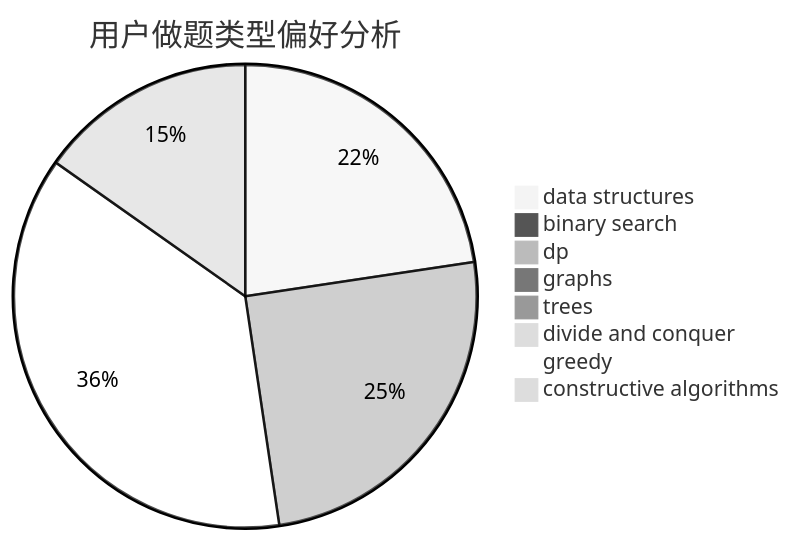
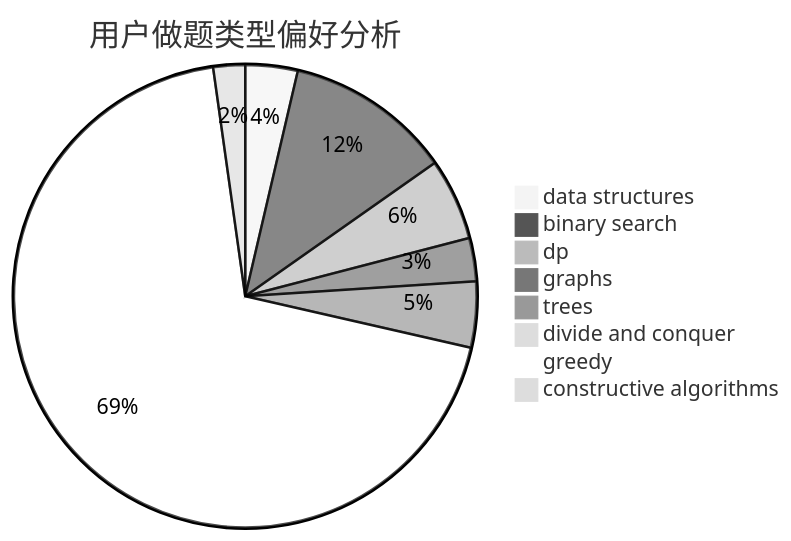
Before and after one commit to sherpahu/cfrs.github.io: the second of 3 diagrams in docs/user/u2434.md, drawn with Mermaid (neutral theme). The commit also changed other lines of this file and 2770 other files, not shown here.

````diff
--- a/docs/user/u2434.md
+++ b/docs/user/u2434.md
@@ -23,11 +23,11 @@
 ```mermaid
 pie title 用户做题类型偏好分析
-    "data structures" :  351
-    "binary search" :  8
-    "dp" :  388
-    "graphs" :  7
-    "trees" :  10
-    "divide and conquer" :  3
-    "greedy" :  576
-    "constructive algorithms" :  236
+    "data structures" :  23
+    "binary search" :  73
+    "dp" :  36
+    "graphs" :  19
+    "trees" :  29
+    "divide and conquer" :  0
+    "greedy" :  436
+    "constructive algorithms" :  14
 ```
````
